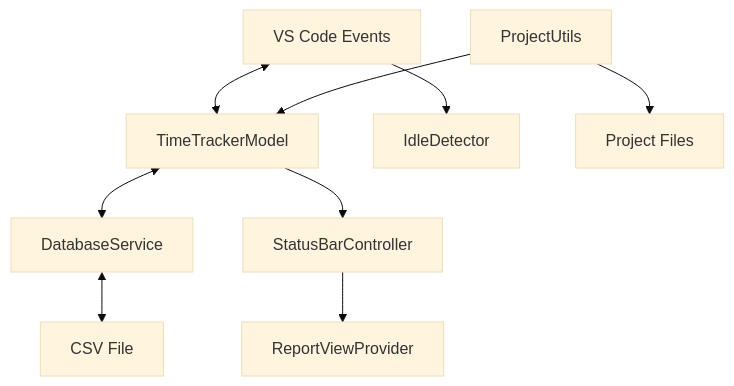
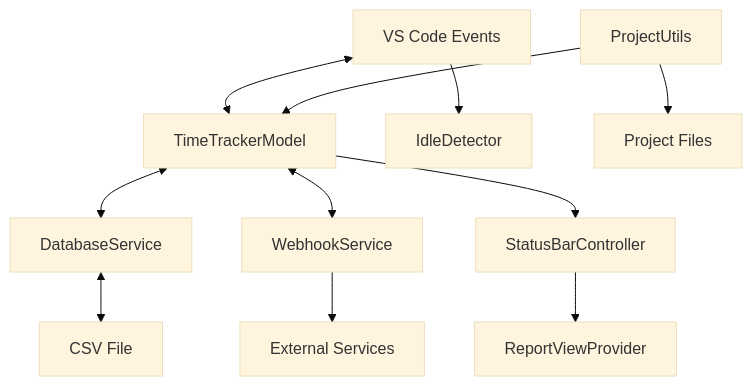
Before and after one commit to irata-gmbh/vscode-time-tracking: the diagram in INTERNAL_ARCHITECTURE.md, drawn with Mermaid (base theme). The commit also changed other lines of this file and 5 other files, not shown here.

````diff
--- a/INTERNAL_ARCHITECTURE.md
+++ b/INTERNAL_ARCHITECTURE.md
@@ -16,9 +17,10 @@
 ```mermaid
 graph TD
     A[VS Code Events] <--> B[TimeTrackerModel] <--> C[DatabaseService] <--> D[CSV File]
+    B <--> K[WebhookService] --> L[External Services]
     A --> E[IdleDetector]
     B --> F[StatusBarController]
     F --> G[ReportViewProvider]
     H[ProjectUtils] --> B
     H --> J[Project Files]
 ```
````
